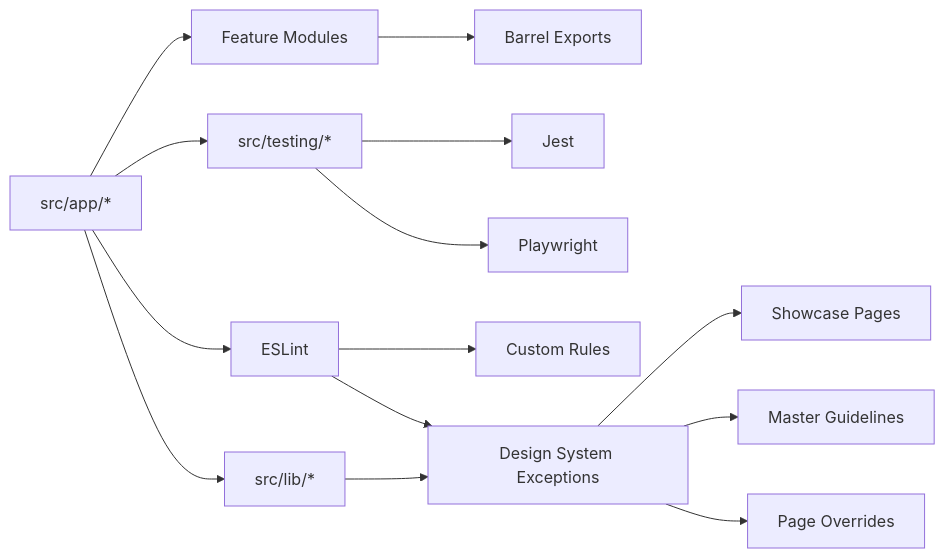
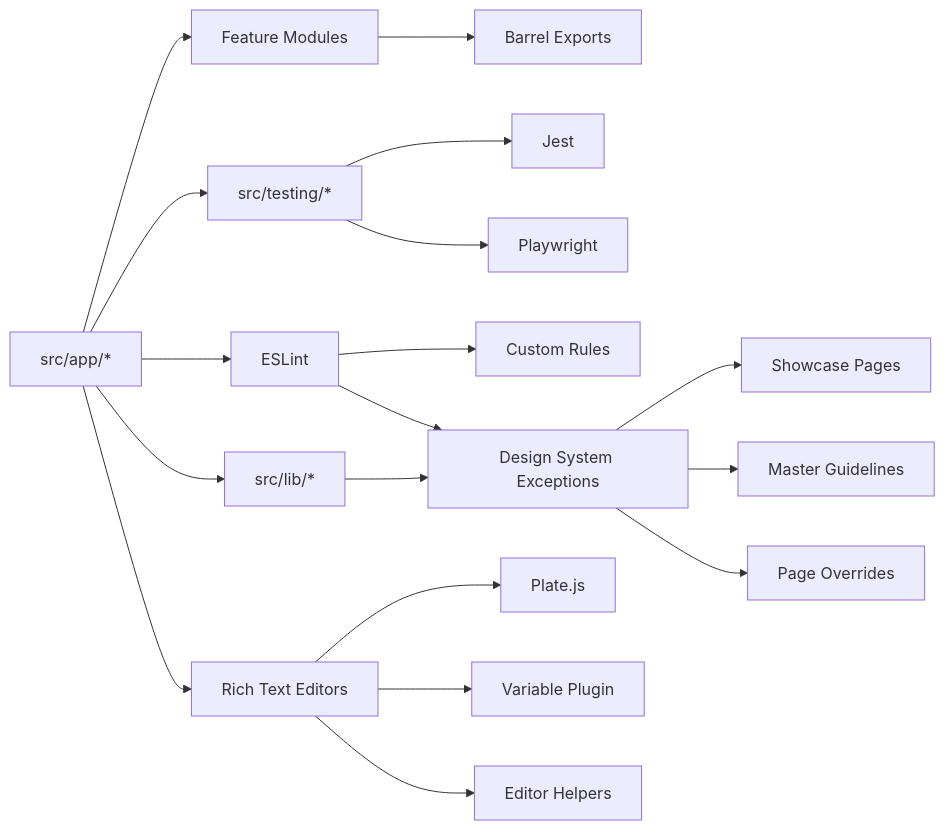
Diagram 11 of 11 in .qoder/repowiki/en/content/Development Guide/Development Guide.md (SinesysTech/zattar-os), drawn with Mermaid before and after one commit. The commit also changed other lines of this file and 31 other files, not shown here.

````diff
--- a/.qoder/repowiki/en/content/Development Guide/Development Guide.md
+++ b/.qoder/repowiki/en/content/Development Guide/Development Guide.md
@@ -410,16 +548,20 @@
 ```mermaid
 graph LR
 App["src/app/*"] --> Features["Feature Modules"]
 Features --> Barrel["Barrel Exports"]
 App --> Lib["src/lib/*"]
 App --> Testing["src/testing/*"]
 Testing --> Jest["Jest"]
 Testing --> PW["Playwright"]
 App --> ESL["ESLint"]
 ESL --> Rules["Custom Rules"]
 ESL --> DS["Design System Exceptions"]
 DS --> Showcase["Showcase Pages"]
 Lib --> DS
 DS --> Master["Master Guidelines"]
 DS --> Pages["Page Overrides"]
+App --> Editors["Rich Text Editors"]
+Editors --> Plate["Plate.js"]
+Editors --> Variables["Variable Plugin"]
+Editors --> Helpers["Editor Helpers"]
 ```
````
